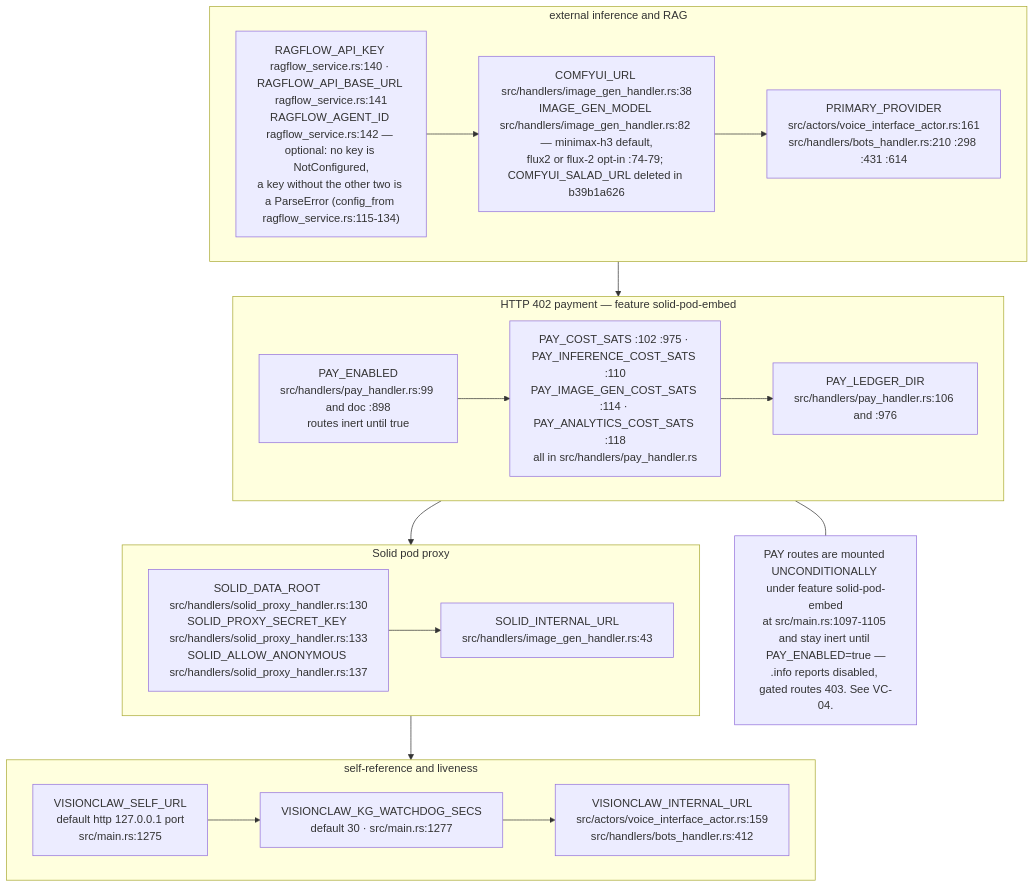
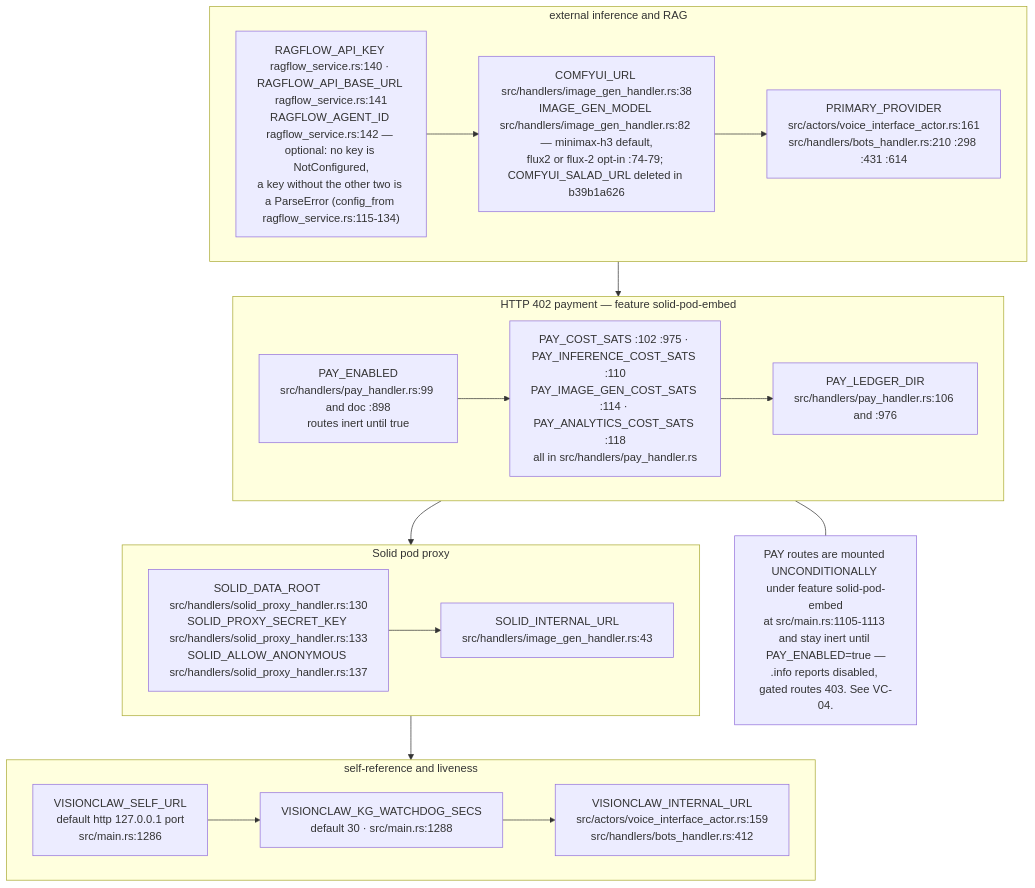
Diagram 13 of 16 in docs/diagrams/visionclaw/09-config-and-env-flags.md (DreamLab-AI/VisionFlow), drawn with Mermaid before and after one commit. The commit also changed other lines of this file and 56 other files, not shown here.

First line of the commit message:
docs(diagrams): re-verify VisionClaw topics at ec785afa9, add VC-19/56/57 and the VisionClaw register

````diff
--- a/docs/diagrams/visionclaw/09-config-and-env-flags.md
+++ b/docs/diagrams/visionclaw/09-config-and-env-flags.md
@@ -503,18 +516,18 @@
 ```mermaid
 flowchart TB
     subgraph EXT["external inference and RAG"]
         X1["RAGFLOW_API_KEY ragflow_service.rs:140 · RAGFLOW_API_BASE_URL ragflow_service.rs:141<br/>RAGFLOW_AGENT_ID ragflow_service.rs:142 — optional: no key is NotConfigured,<br/>a key without the other two is a ParseError (config_from ragflow_service.rs:115-134)"] --> X2["COMFYUI_URL src/handlers/image_gen_handler.rs:38<br/>IMAGE_GEN_MODEL src/handlers/image_gen_handler.rs:82 — minimax-h3 default,<br/>flux2 or flux-2 opt-in :74-79; COMFYUI_SALAD_URL deleted in b39b1a626"] --> X3["PRIMARY_PROVIDER<br/>src/actors/voice_interface_actor.rs:161<br/>src/handlers/bots_handler.rs:210 :298 :431 :614"]
     end
     subgraph PAY["HTTP 402 payment — feature solid-pod-embed"]
         P1["PAY_ENABLED<br/>src/handlers/pay_handler.rs:99 and doc :898<br/>routes inert until true"] --> P2["PAY_COST_SATS :102 :975 · PAY_INFERENCE_COST_SATS :110<br/>PAY_IMAGE_GEN_COST_SATS :114 · PAY_ANALYTICS_COST_SATS :118<br/>all in src/handlers/pay_handler.rs"] --> P3["PAY_LEDGER_DIR<br/>src/handlers/pay_handler.rs:106 and :976"]
     end
     subgraph SOLID["Solid pod proxy"]
         O1["SOLID_DATA_ROOT src/handlers/solid_proxy_handler.rs:130<br/>SOLID_PROXY_SECRET_KEY src/handlers/solid_proxy_handler.rs:133<br/>SOLID_ALLOW_ANONYMOUS src/handlers/solid_proxy_handler.rs:137"] --> O2["SOLID_INTERNAL_URL<br/>src/handlers/image_gen_handler.rs:43"]
     end
     subgraph SELF["self-reference and liveness"]
-        F1["VISIONCLAW_SELF_URL<br/>default http 127.0.0.1 port<br/>src/main.rs:1275"] --> F2["VISIONCLAW_KG_WATCHDOG_SECS<br/>default 30 · src/main.rs:1277"] --> F3["VISIONCLAW_INTERNAL_URL<br/>src/actors/voice_interface_actor.rs:159<br/>src/handlers/bots_handler.rs:412"]
+        F1["VISIONCLAW_SELF_URL<br/>default http 127.0.0.1 port<br/>src/main.rs:1286"] --> F2["VISIONCLAW_KG_WATCHDOG_SECS<br/>default 30 · src/main.rs:1288"] --> F3["VISIONCLAW_INTERNAL_URL<br/>src/actors/voice_interface_actor.rs:159<br/>src/handlers/bots_handler.rs:412"]
     end
     EXT --> PAY --> SOLID --> SELF
-    N5["PAY routes are mounted UNCONDITIONALLY under feature solid-pod-embed<br/>at src/main.rs:1097-1105 and stay inert until PAY_ENABLED=true —<br/>.info reports disabled, gated routes 403. See VC-04."]
+    N5["PAY routes are mounted UNCONDITIONALLY under feature solid-pod-embed<br/>at src/main.rs:1105-1113 and stay inert until PAY_ENABLED=true —<br/>.info reports disabled, gated routes 403. See VC-04."]
     PAY --- N5
 ```
````
